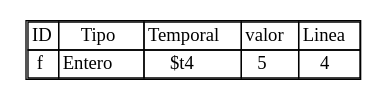
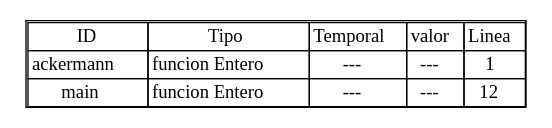
The diagram in reporteTs_minorC.dot (carlosE17/OLC2P2Junio2020), drawn with Graphviz before and after one commit. The commit also changed 12 other files, not shown here.

```diff
--- a/reporteTs_minorC.dot
+++ b/reporteTs_minorC.dot
@@ -1,8 +1,8 @@
 digraph {
 node0 [    shape=plaintext
     label=<
 
       <table cellspacing='0'>
       <tr><td>ID</td><td>Tipo</td><td>Temporal</td><td>valor</td><td>Linea</td></tr>
-<tr> <td> f</td><td> Entero </td><td> $t4 </td><td> 5 </td><td> 4</td> </tr>    </table>
+<tr> <td> ackermann</td><td> funcion Entero </td><td> --- </td><td> --- </td><td> 1</td> </tr><tr> <td> main</td><td> funcion Entero </td><td> --- </td><td> --- </td><td> 12</td> </tr>    </table>
 >];}
```
